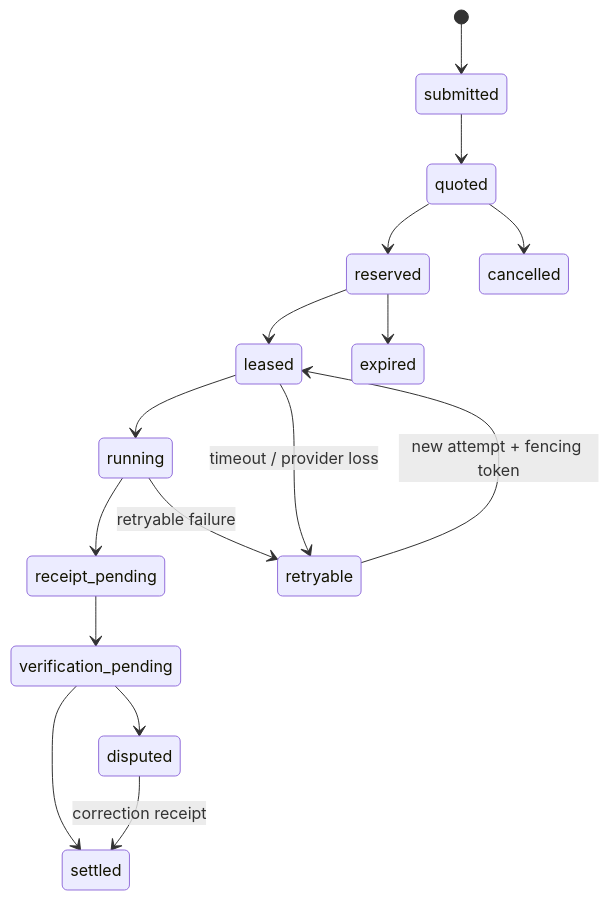
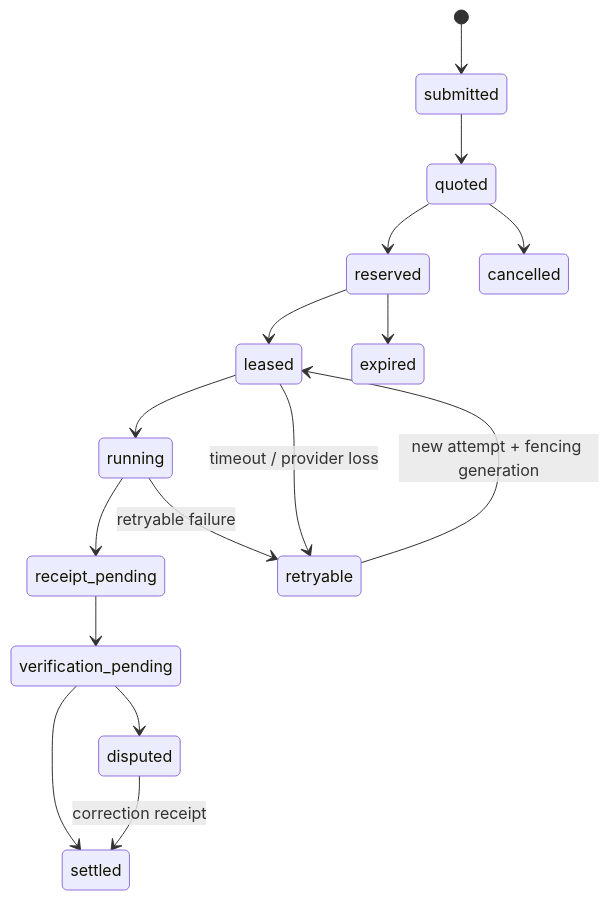
The second of 2 diagrams in docs/distributed-compute/architecture.md (ElonQian1/Elon), drawn with Mermaid before and after one commit. The commit also changed other lines of this file and 3 other files, not shown here.

````diff
--- a/docs/distributed-compute/architecture.md
+++ b/docs/distributed-compute/architecture.md
@@ -100,18 +100,18 @@
 ```mermaid
 stateDiagram-v2
     [*] --> submitted
     submitted --> quoted
     quoted --> reserved
     reserved --> leased
     leased --> running
     running --> receipt_pending
     receipt_pending --> verification_pending
     verification_pending --> settled
     leased --> retryable: timeout / provider loss
     running --> retryable: retryable failure
-    retryable --> leased: new attempt + fencing token
+    retryable --> leased: new attempt + fencing generation
     quoted --> cancelled
     reserved --> expired
     verification_pending --> disputed
     disputed --> settled: correction receipt
 ```
````
